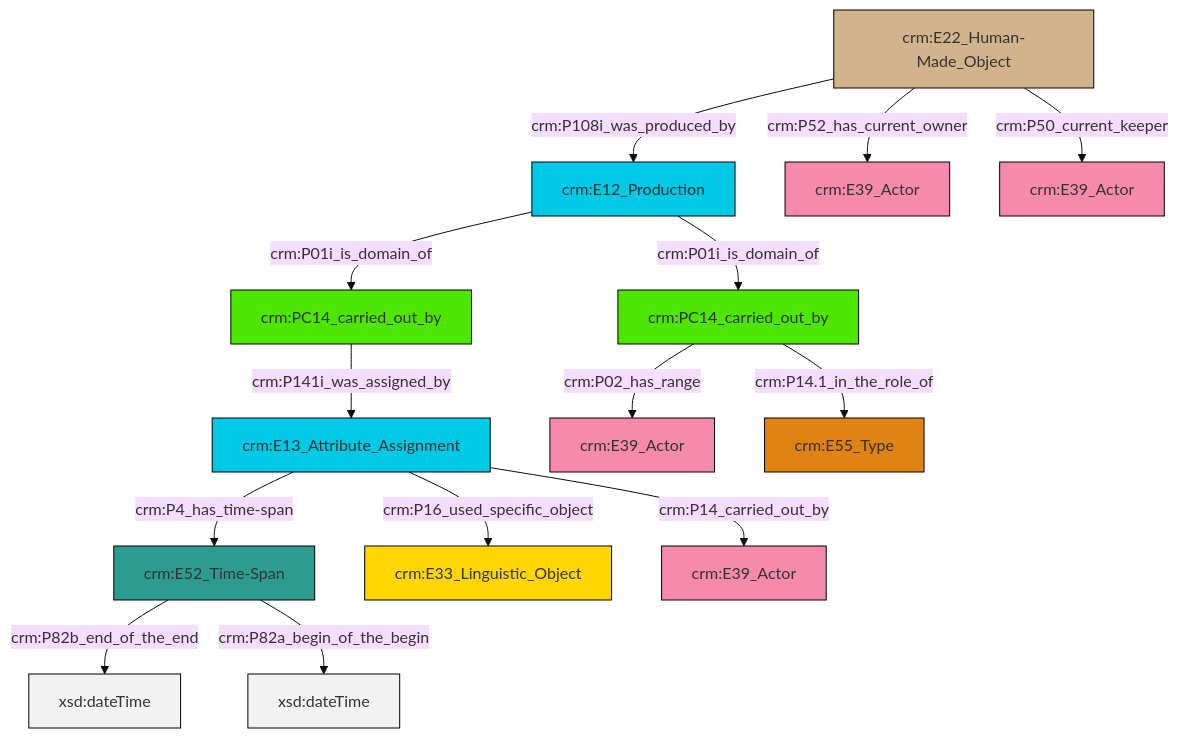
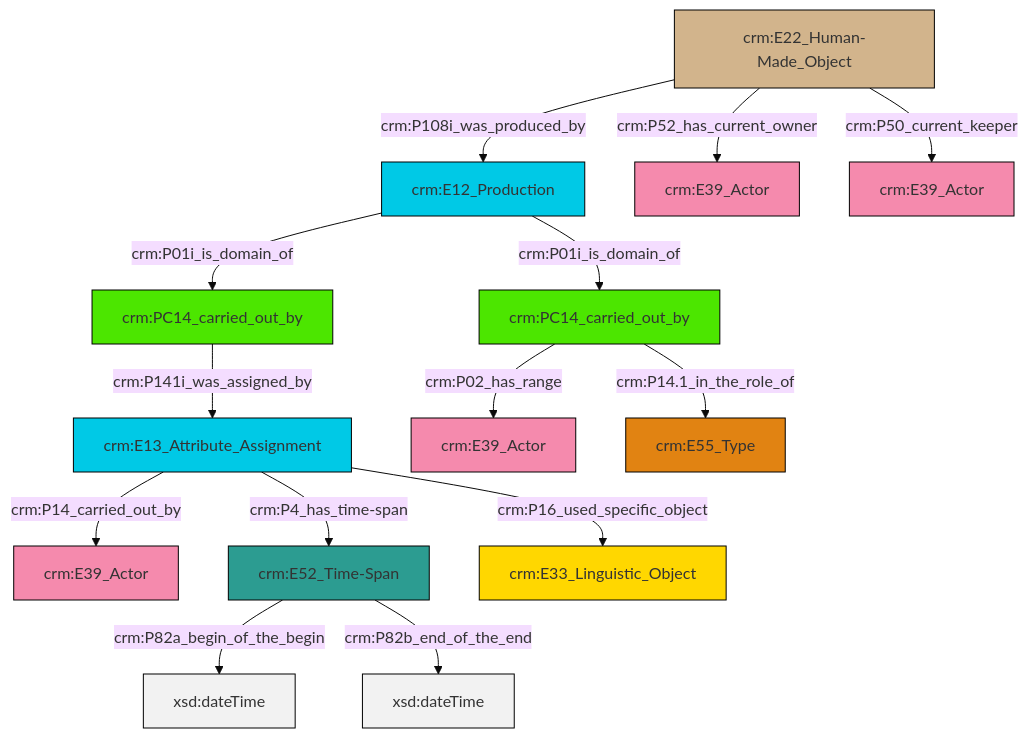
The diagram in et/carrierCSV/ttl/mmd/carrier_relations.ttl.mmd (swiss-art-research-net/docs.swissartresearch), drawn with Mermaid (base theme) before and after one commit. The commit also changed 204 other files, not shown here.

```diff
--- a/et/carrierCSV/ttl/mmd/carrier_relations.ttl.mmd
+++ b/et/carrierCSV/ttl/mmd/carrier_relations.ttl.mmd
@@ -1,28 +1,28 @@
 graph TD
 classDef Literal fill:#f2f2f2,stroke:#000000;
 classDef CRM_Entity fill:#FFFFFF,stroke:#000000;
 classDef Temporal_Entity fill:#00C9E6, stroke:#000000;
 classDef Type fill:#E18312, stroke:#000000;
 classDef Time-Span fill:#2C9C91, stroke:#000000;
 classDef Appellation fill:#FFEB7F, stroke:#000000;
 classDef Place fill:#008836, stroke:#000000;
 classDef Persistent_Item fill:#B266B2, stroke:#000000;
 classDef Conceptual_Object fill:#FFD700, stroke:#000000;
 classDef Physical_Thing fill:#D2B48C, stroke:#000000;
 classDef Actor fill:#f58aad, stroke:#000000;
 classDef PC_Classes fill:#4ce600, stroke:#000000;
 classDef Multi fill:#cccccc,stroke:#000000;
 
-0["crm:E12_Production"]:::Temporal_Entity -->|crm:P01i_is_domain_of| 1["crm:PC14_carried_out_by"]:::PC_Classes
-7["crm:E22_Human-Made_Object"]:::Physical_Thing -->|crm:P108i_was_produced_by| 0["crm:E12_Production"]:::Temporal_Entity
-0["crm:E12_Production"]:::Temporal_Entity -->|crm:P01i_is_domain_of| 8["crm:PC14_carried_out_by"]:::PC_Classes
-2["crm:E13_Attribute_Assignment"]:::Temporal_Entity -->|crm:P4_has_time-span| 9["crm:E52_Time-Span"]:::Time-Span
-7["crm:E22_Human-Made_Object"]:::Physical_Thing -->|crm:P50_current_keeper| 12["crm:E39_Actor"]:::Actor
-1["crm:PC14_carried_out_by"]:::PC_Classes -->|crm:P141i_was_assigned_by| 2["crm:E13_Attribute_Assignment"]:::Temporal_Entity
-2["crm:E13_Attribute_Assignment"]:::Temporal_Entity -->|crm:P16_used_specific_object| 15["crm:E33_Linguistic_Object"]:::Conceptual_Object
-8["crm:PC14_carried_out_by"]:::PC_Classes -->|crm:P14.1_in_the_role_of| 16["crm:E55_Type"]:::Type
-9["crm:E52_Time-Span"]:::Time-Span -->|crm:P82b_end_of_the_end| 17[xsd:dateTime]:::Literal
-7["crm:E22_Human-Made_Object"]:::Physical_Thing -->|crm:P52_has_current_owner| 10["crm:E39_Actor"]:::Actor
-9["crm:E52_Time-Span"]:::Time-Span -->|crm:P82a_begin_of_the_begin| 19[xsd:dateTime]:::Literal
-8["crm:PC14_carried_out_by"]:::PC_Classes -->|crm:P02_has_range| 4["crm:E39_Actor"]:::Actor
-2["crm:E13_Attribute_Assignment"]:::Temporal_Entity -->|crm:P14_carried_out_by| 21["crm:E39_Actor"]:::Actor
+2["crm:E12_Production"]:::Temporal_Entity -->|crm:P01i_is_domain_of| 3["crm:PC14_carried_out_by"]:::PC_Classes
+4["crm:E13_Attribute_Assignment"]:::Temporal_Entity -->|crm:P14_carried_out_by| 0["crm:E39_Actor"]:::Actor
+11["crm:E22_Human-Made_Object"]:::Physical_Thing -->|crm:P108i_was_produced_by| 2["crm:E12_Production"]:::Temporal_Entity
+11["crm:E22_Human-Made_Object"]:::Physical_Thing -->|crm:P52_has_current_owner| 12["crm:E39_Actor"]:::Actor
+3["crm:PC14_carried_out_by"]:::PC_Classes -->|crm:P02_has_range| 13["crm:E39_Actor"]:::Actor
+5["crm:E52_Time-Span"]:::Time-Span -->|crm:P82a_begin_of_the_begin| 19[xsd:dateTime]:::Literal
+9["crm:PC14_carried_out_by"]:::PC_Classes -->|crm:P141i_was_assigned_by| 4["crm:E13_Attribute_Assignment"]:::Temporal_Entity
+4["crm:E13_Attribute_Assignment"]:::Temporal_Entity -->|crm:P16_used_specific_object| 7["crm:E33_Linguistic_Object"]:::Conceptual_Object
+5["crm:E52_Time-Span"]:::Time-Span -->|crm:P82b_end_of_the_end| 24[xsd:dateTime]:::Literal
+11["crm:E22_Human-Made_Object"]:::Physical_Thing -->|crm:P50_current_keeper| 17["crm:E39_Actor"]:::Actor
+3["crm:PC14_carried_out_by"]:::PC_Classes -->|crm:P14.1_in_the_role_of| 20["crm:E55_Type"]:::Type
+2["crm:E12_Production"]:::Temporal_Entity -->|crm:P01i_is_domain_of| 9["crm:PC14_carried_out_by"]:::PC_Classes
+4["crm:E13_Attribute_Assignment"]:::Temporal_Entity -->|crm:P4_has_time-span| 5["crm:E52_Time-Span"]:::Time-Span
```
